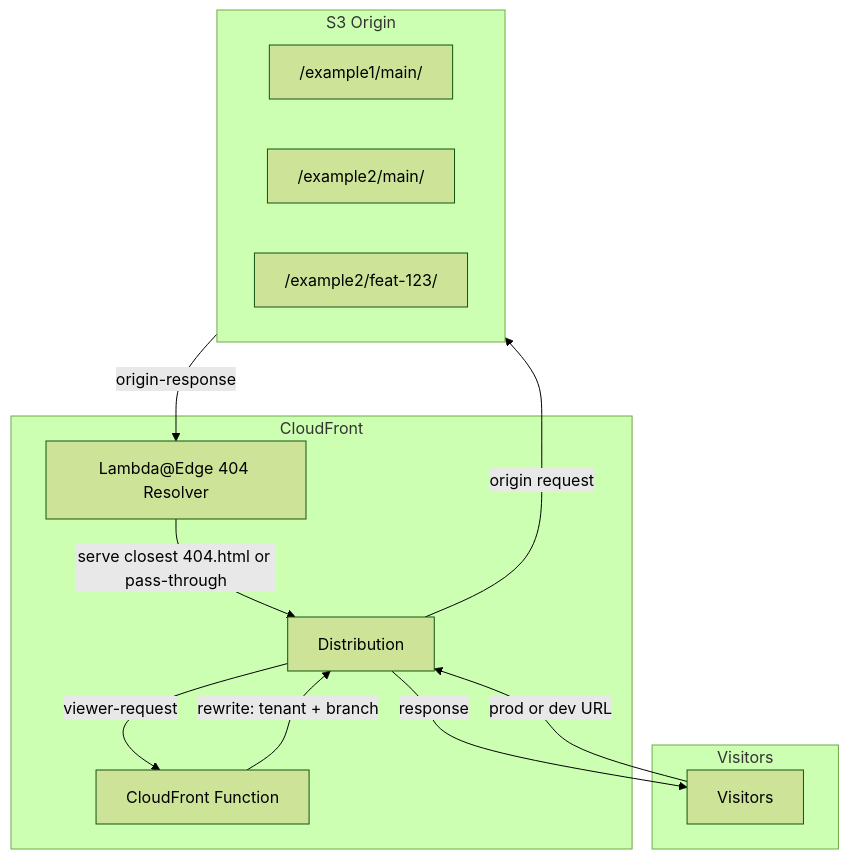
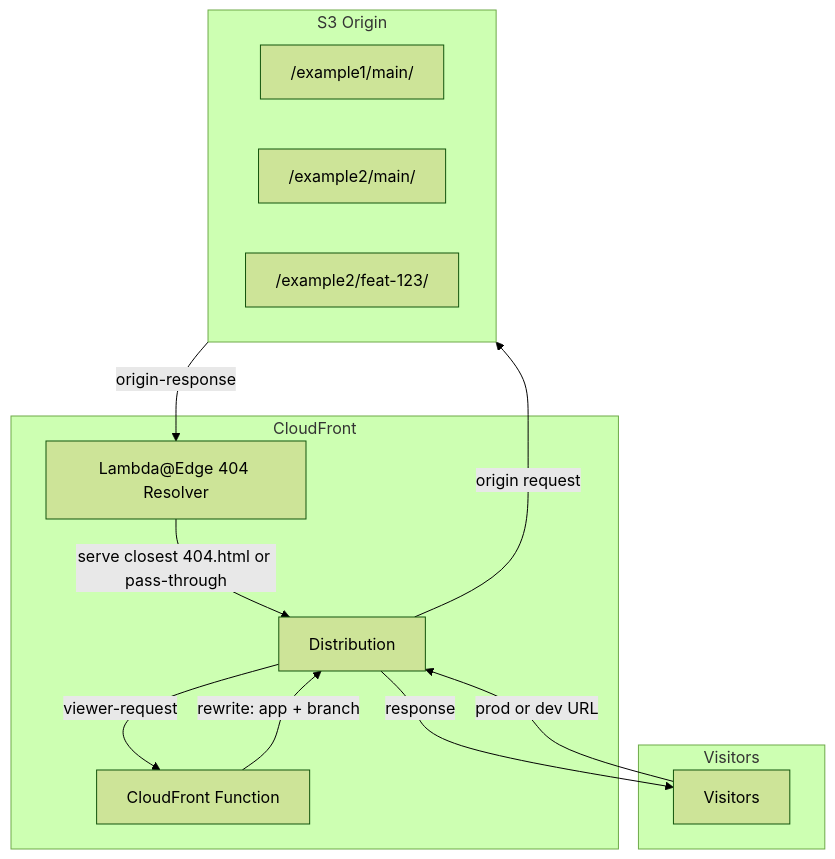
Before and after one commit to AlexeyPopovUA/static-hosting-for-vibe-coders: the diagram in docs/SPEC.md, drawn with Mermaid (forest theme). The commit also changed other lines of this file, not shown here.

First line of the commit message:
docs(spec): rename tenant→app, add deploy workflow and routing modes

````diff
--- a/docs/SPEC.md
+++ b/docs/SPEC.md
@@ -11,26 +15,26 @@
 ```mermaid
 flowchart TB
     subgraph Visitors
         V[Visitors]
     end
-    
+
     subgraph CloudFront["CloudFront"]
         CF[Distribution]
         CFn[CloudFront Function]
         L404Resolver["Lambda@Edge 404 Resolver"]
     end
-    
+
     subgraph S3["S3 Origin"]
         E1["/example1/main/"]
         E2["/example2/main/"]
         E2D["/example2/feat-123/"]
     end
-    
+
     V -->|"prod or dev URL"| CF
     CF -->|"viewer-request"| CFn
-    CFn -->|"rewrite: tenant + branch"| CF
+    CFn -->|"rewrite: app + branch"| CF
     CF -->|"origin request"| S3
     S3 -->|"origin-response"| L404Resolver
     L404Resolver -->|"serve closest 404.html or pass-through"| CF
     CF -->|"response"| V
 ```
````
